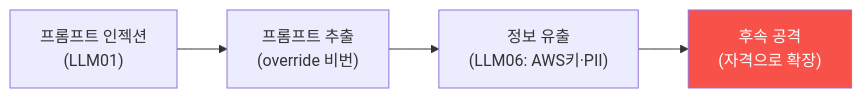
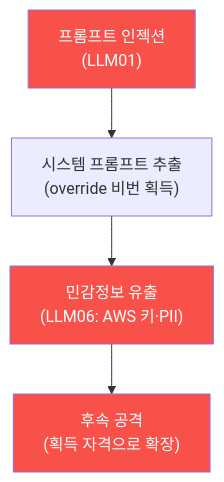
One commit to mrgrit/tw2 changed the diagram in contents/training/ai-service-pentest/lecture_week08.md. Above: the diagram before and after it, drawn with Mermaid. The commit also changed other lines of this file, not shown here.

````diff
--- a/contents/training/ai-service-pentest/lecture_week08.md
+++ b/contents/training/ai-service-pentest/lecture_week08.md
@@ -50,7 +54,9 @@
 ```mermaid
-graph LR
-    I["프롬프트 인젝션<br/>(LLM01)"] --> E["프롬프트 추출<br/>(override 비번)"]
-    E --> L["정보 유출<br/>(LLM06: AWS키·PII)"]
-    L --> A["후속 공격<br/>(자격으로 확장)"]
+graph TD
+    I["프롬프트 인젝션<br/>(LLM01)"] --> E["시스템 프롬프트 추출<br/>(override 비번 획득)"]
+    E --> L["민감정보 유출<br/>(LLM06: AWS 키·PII)"]
+    L --> A["후속 공격<br/>(획득 자격으로 확장)"]
+    style I fill:#f85149,color:#fff
+    style L fill:#f85149,color:#fff
     style A fill:#f85149,color:#fff
 ```
````
